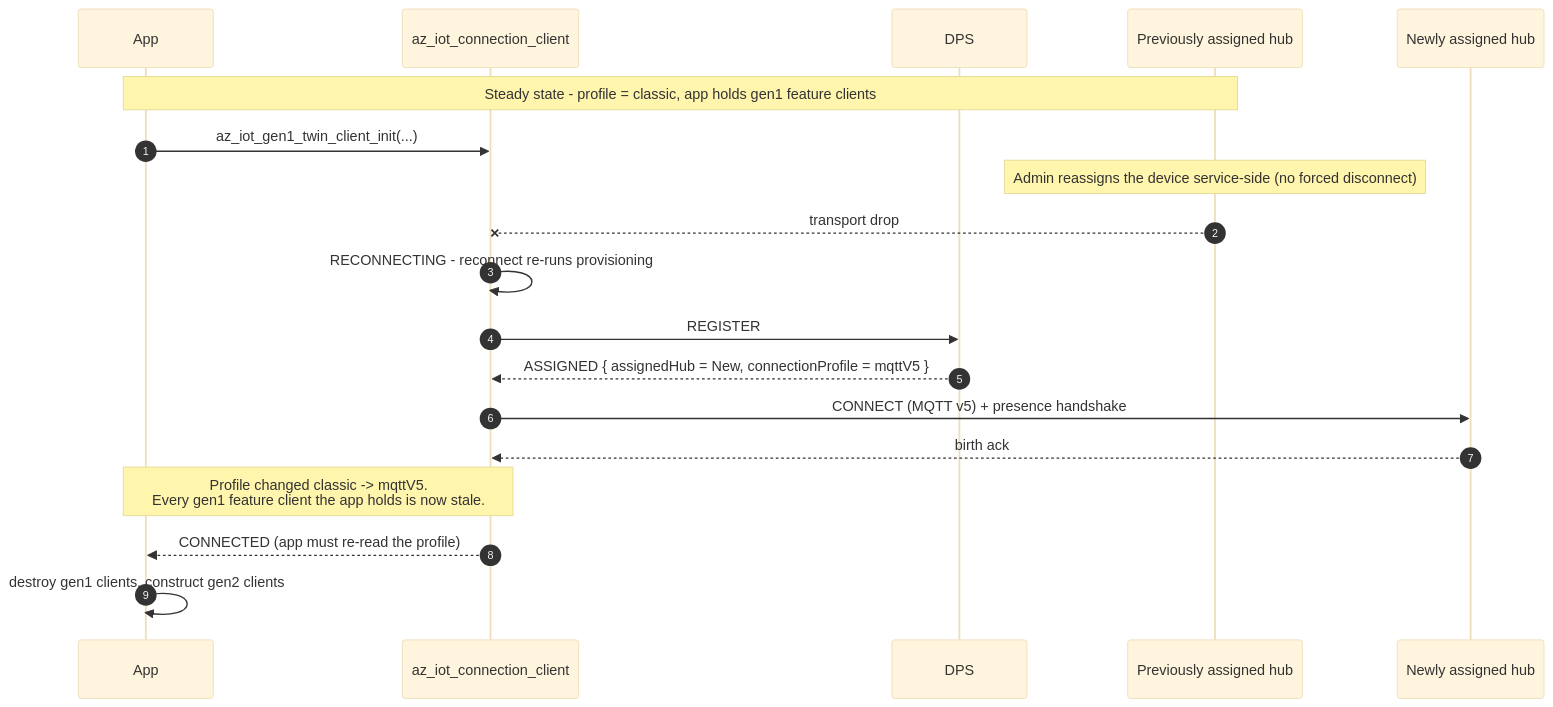
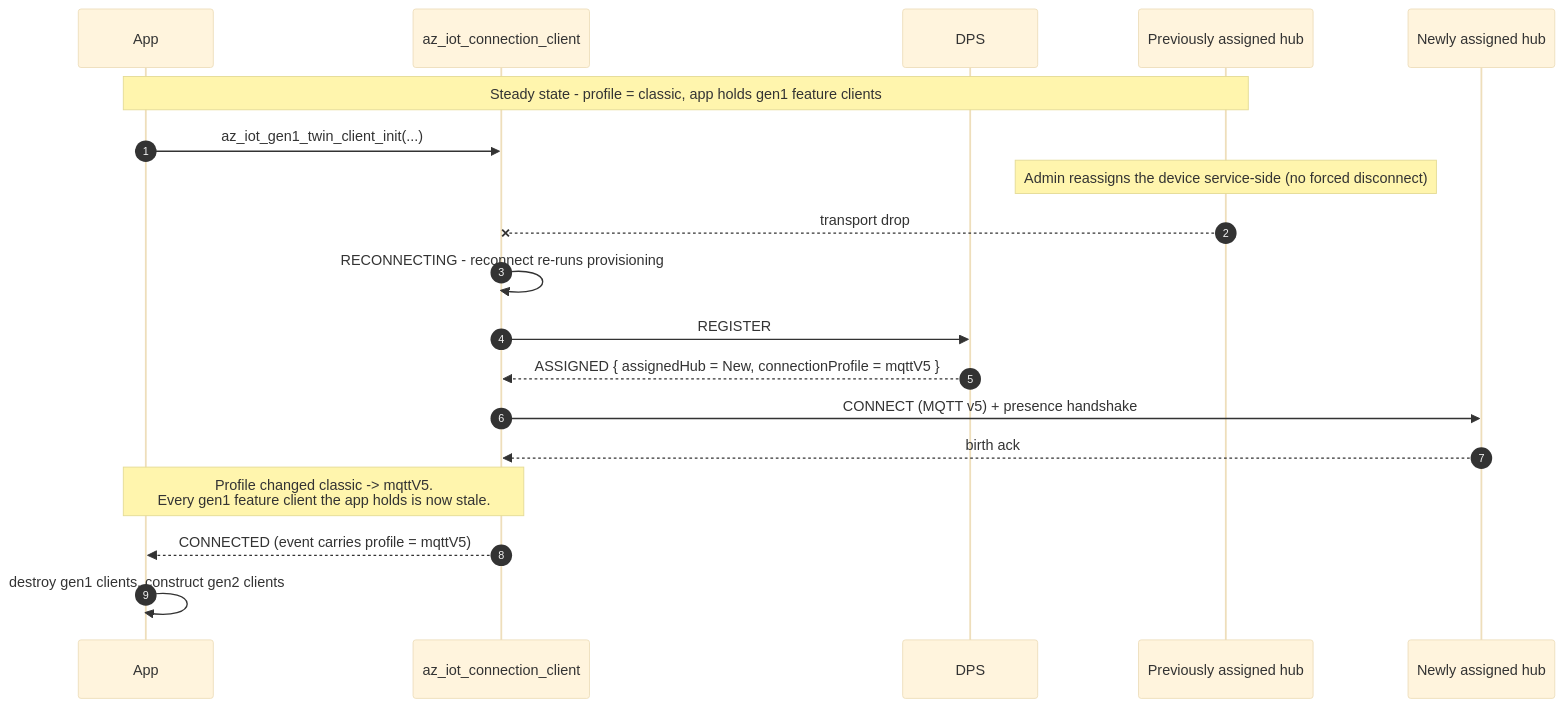
One commit to Azure/azure-iot-sdk changed the second of 2 diagrams in c/docs/eng/client-separation.md. Above: the diagram before and after it, drawn with Mermaid (base theme). The commit also changed other lines of this file and 1 other file, not shown here.

````diff
--- a/c/docs/eng/client-separation.md
+++ b/c/docs/eng/client-separation.md
@@ -468,24 +513,24 @@
 ```mermaid
 sequenceDiagram
     autonumber
     participant App
     participant Conn as az_iot_connection_client
     participant DPS
     participant Old as Previously assigned hub
     participant New as Newly assigned hub
 
     Note over App,Old: Steady state - profile = classic, app holds gen1 feature clients
     App->>Conn: az_iot_gen1_twin_client_init(...)
 
     Note over Old: Admin reassigns the device service-side (no forced disconnect)
     Old--xConn: transport drop
     Conn->>Conn: RECONNECTING - reconnect re-runs provisioning
     Conn->>DPS: REGISTER
     DPS-->>Conn: ASSIGNED { assignedHub = New, connectionProfile = mqttV5 }
     Conn->>New: CONNECT (MQTT v5) + presence handshake
     New-->>Conn: birth ack
 
     Note over App,Conn: Profile changed classic -> mqttV5.<br/>Every gen1 feature client the app holds is now stale.
-    Conn-->>App: CONNECTED (app must re-read the profile)
+    Conn-->>App: CONNECTED (event carries profile = mqttV5)
     App->>App: destroy gen1 clients, construct gen2 clients
 ```
````
